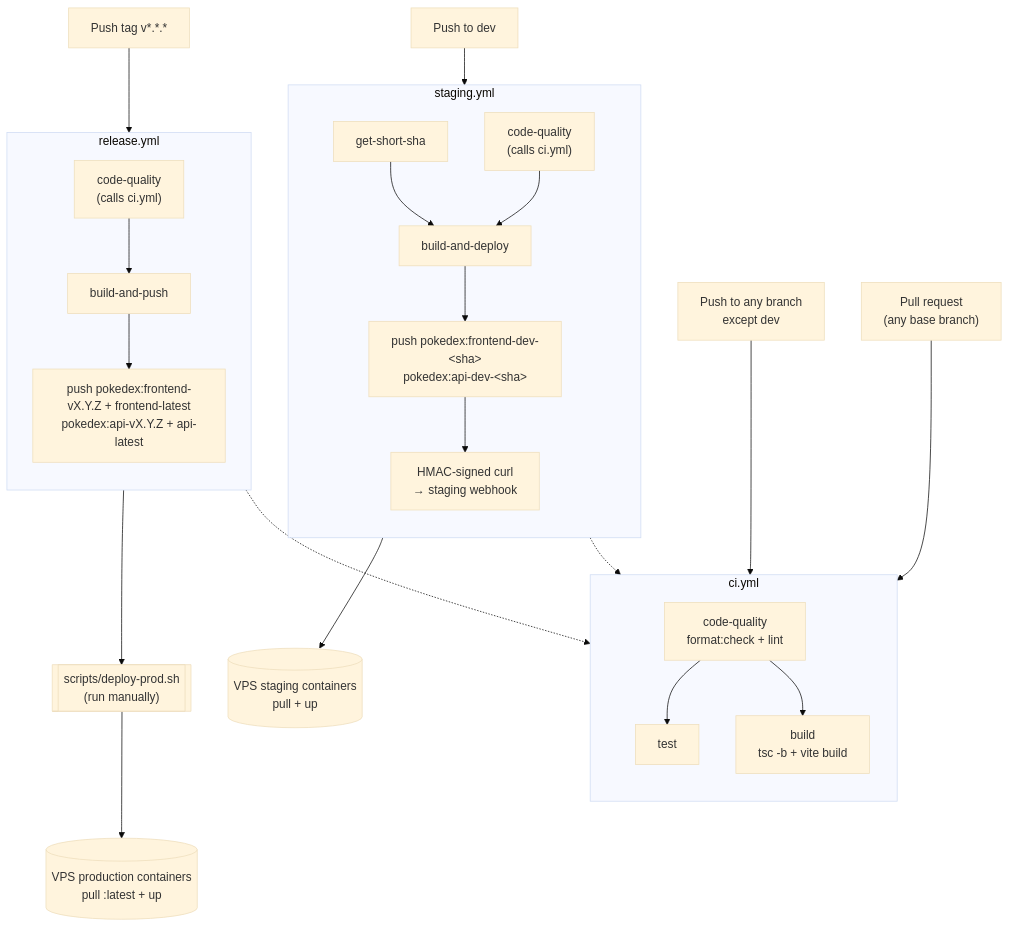
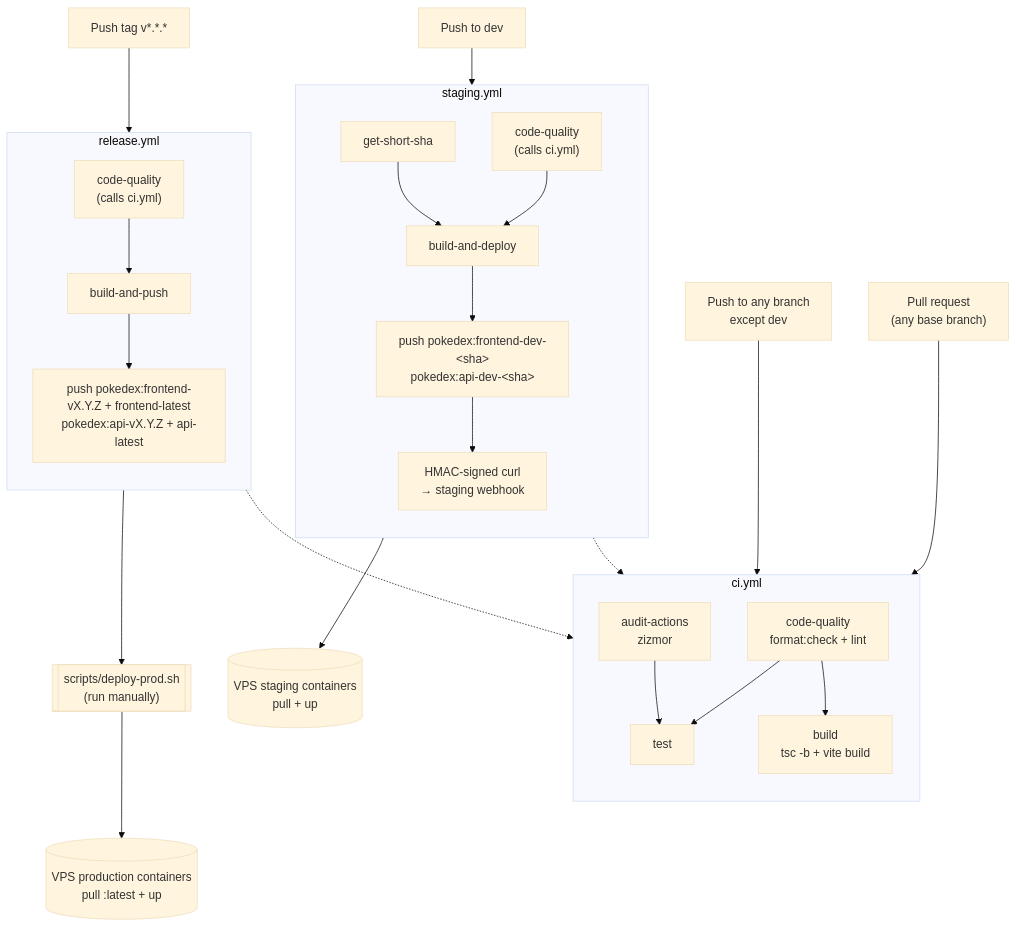
One commit to ddZ6ii/pokedex changed the diagram in README.md. Above: the diagram before and after it, drawn with Mermaid (base theme). The commit also changed other lines of this file and 4 other files, not shown here.

First line of the commit message:
ci(zizmor): add GitHub Actions security audit with permissions hardening

````diff
--- a/README.md
+++ b/README.md
@@ -70,41 +70,42 @@
 ```mermaid
 flowchart TD
     FEAT["Push to any branch<br/>except dev"]
     PR["Pull request<br/>(any base branch)"]
     DEVPUSH["Push to dev"]
     TAGPUSH["Push tag v*.*.*"]
 
     FEAT --> CI
     PR --> CI
 
     subgraph CI["ci.yml"]
         direction TB
         CQ["code-quality<br/>format:check + lint"] --> T["test"]
+        AA["audit-actions<br/>zizmor"] --> T
         CQ --> B["build<br/>tsc -b + vite build"]
     end
 
     DEVPUSH --> STAGING
 
     subgraph STAGING["staging.yml"]
         direction TB
         SSHA["get-short-sha"]
         SCQ["code-quality<br/>(calls ci.yml)"]
         SSHA --> SSTEP["build-and-deploy"]
         SCQ --> SSTEP
         SSTEP --> SPUSH["push pokedex:frontend-dev-&lt;sha&gt;<br/>pokedex:api-dev-&lt;sha&gt;"]
         SPUSH --> SHOOK["HMAC-signed curl<br/>→ staging webhook"]
     end
     SCQ -.-> CI
     SHOOK --> STAGEVPS[("VPS staging containers<br/>pull + up")]
 
     TAGPUSH --> RELEASE
 
     subgraph RELEASE["release.yml"]
         direction TB
         RCQ["code-quality<br/>(calls ci.yml)"] --> RSTEP["build-and-push"]
         RSTEP --> RPUSH["push pokedex:frontend-vX.Y.Z + frontend-latest<br/>pokedex:api-vX.Y.Z + api-latest"]
     end
     RCQ -.-> CI
     RPUSH --> MANUAL[["scripts/deploy-prod.sh<br/>(run manually)"]]
     MANUAL --> PRODVPS[("VPS production containers<br/>pull :latest + up")]
 ```
````
